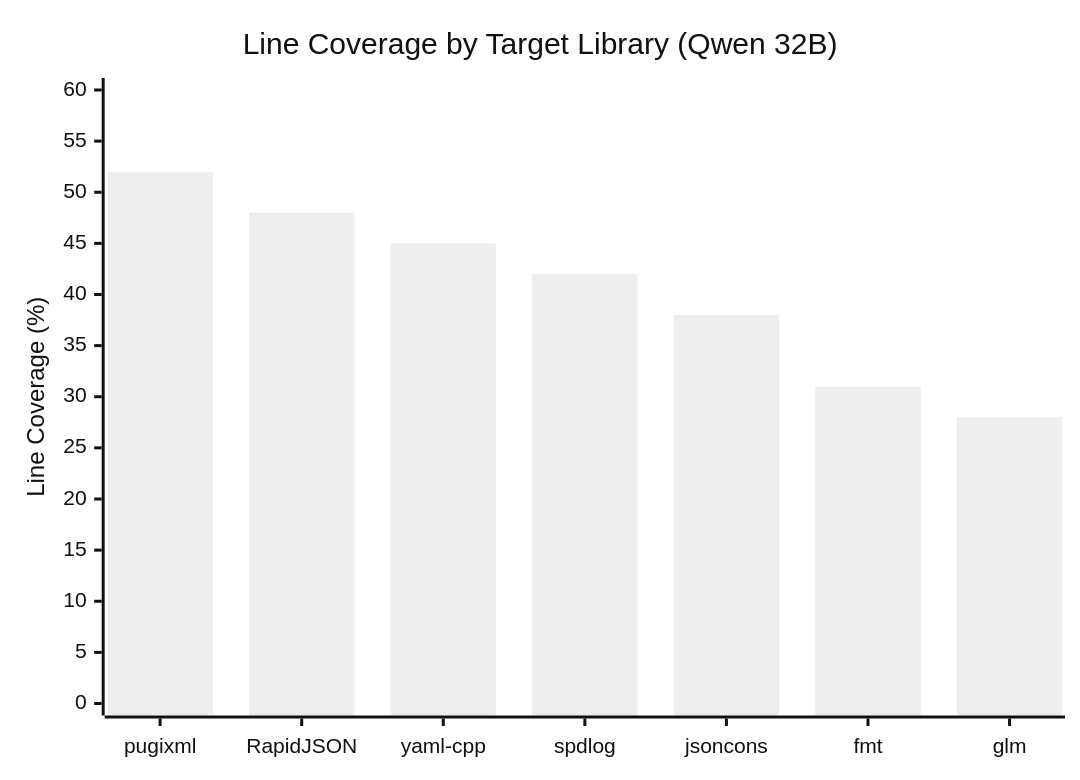
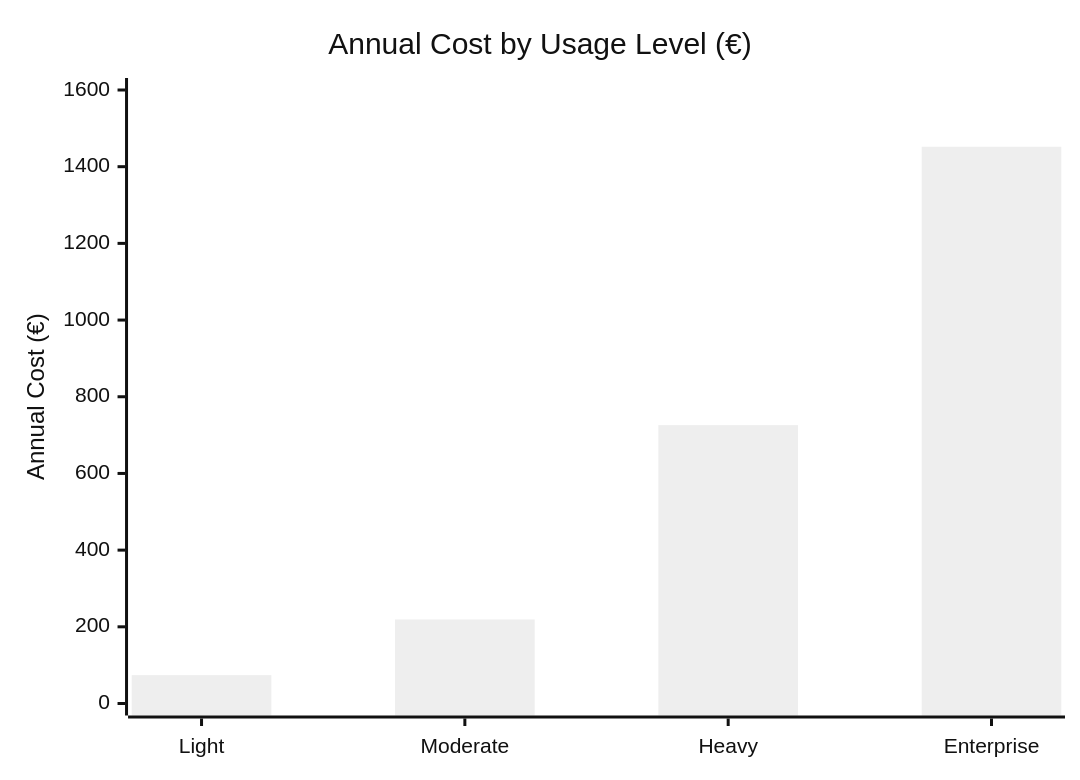
One commit to abrar0205/temp_thesis changed the third of 4 diagrams in Chapter_5_Experimental_Results.md. Above: the diagram before and after it, drawn with Mermaid. The commit also changed other lines of this file, not shown here.

````diff
--- a/Chapter_5_Experimental_Results.md
+++ b/Chapter_5_Experimental_Results.md
@@ -143,8 +161,8 @@
 ```mermaid
 %%{init: {'theme': 'neutral'}}%%
 xychart-beta
-    title "Line Coverage by Target Library (Qwen 32B)"
-    x-axis ["pugixml", "RapidJSON", "yaml-cpp", "spdlog", "jsoncons", "fmt", "glm"]
-    y-axis "Line Coverage (%)" 0 --> 60
-    bar [52, 48, 45, 42, 38, 31, 28]
+    title "Annual Cost by Usage Level (€)"
+    x-axis ["Light", "Moderate", "Heavy", "Enterprise"]
+    y-axis "Annual Cost (€)" 0 --> 1600
+    bar [73.92, 219.12, 726.00, 1452.00]
 ```
````
